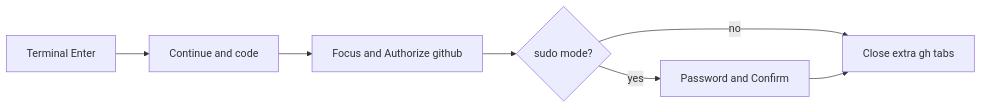
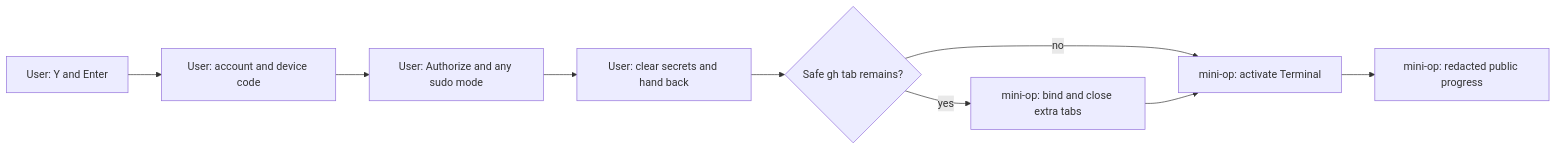
One commit to windroc-labs/mini-op changed the diagram in runbooks/install-ensemble.md. Above: the diagram before and after it, drawn with Mermaid. The commit also changed other lines of this file and 51 other files, not shown here.

First line of the commit message:
WDRC-156: mini-op: operate the mini visibly (Terminal and browser) wherever possible (#3)

````diff
--- a/runbooks/install-ensemble.md
+++ b/runbooks/install-ensemble.md
@@ -17,9 +51,11 @@
         ```mermaid
         flowchart LR
-          A[Terminal Enter] --> B[Continue and code]
-          B --> C[Focus and Authorize github]
-          C --> D{sudo mode?}
-          D -->|yes| E[Password and Confirm]
-          D -->|no| F[Close extra gh tabs]
-          E --> F
+          A[User: Y and Enter] --> B[User: account and device code]
+          B --> C[User: Authorize and any sudo mode]
+          C --> D[User: clear secrets and hand back]
+          D --> E{Safe gh tab remains?}
+          E -->|yes| F[mini-op: bind and close extra tabs]
+          E -->|no| G[mini-op: activate Terminal]
+          F --> G
+          G --> H[mini-op: redacted public progress]
         ```
````
